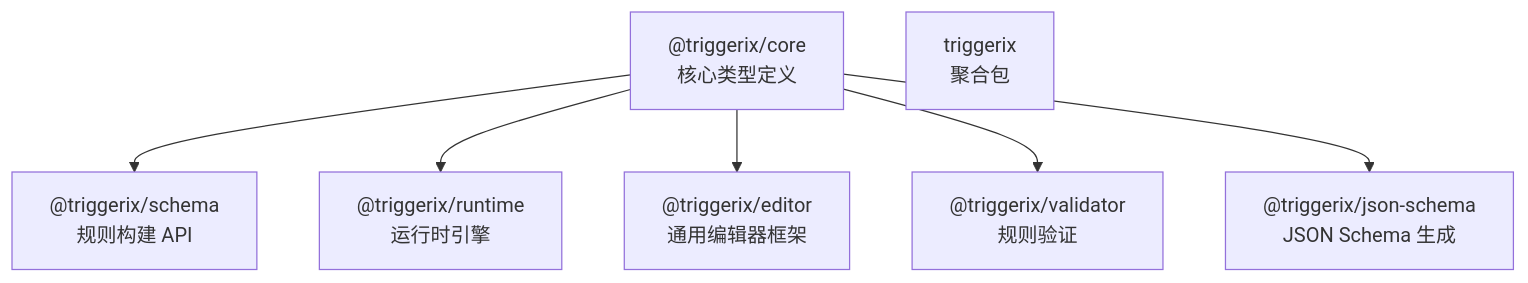
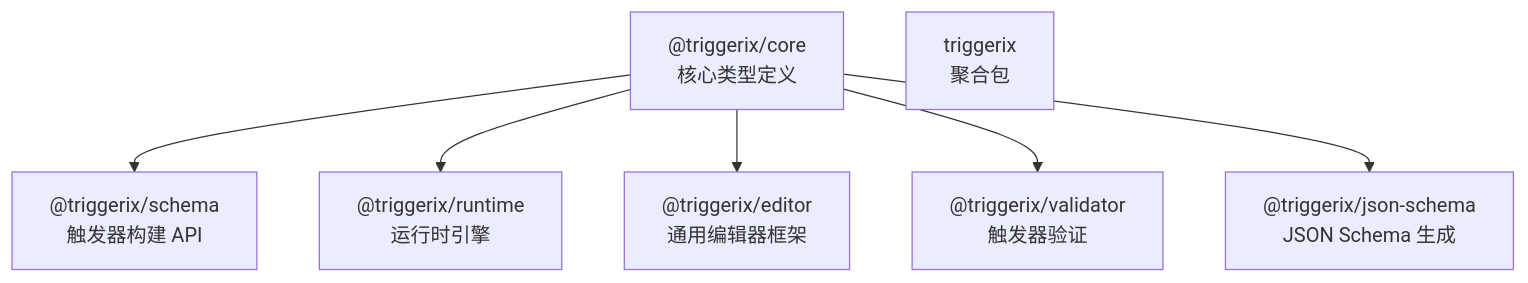
The first of 4 diagrams in README_CN.md (triggerix-lang/triggerix-lang.github.io), drawn with Mermaid before and after one commit. The commit also changed other lines of this file and 15 other files, not shown here.

````diff
--- a/README_CN.md
+++ b/README_CN.md
@@ -93,10 +93,10 @@
 ```mermaid
 graph TD
     Core["@triggerix/core<br/>核心类型定义"]
-    Core --> Schema["@triggerix/schema<br/>规则构建 API"]
+    Core --> Schema["@triggerix/schema<br/>触发器构建 API"]
     Core --> Runtime["@triggerix/runtime<br/>运行时引擎"]
     Core --> Editor["@triggerix/editor<br/>通用编辑器框架"]
-    Core --> Validator["@triggerix/validator<br/>规则验证"]
+    Core --> Validator["@triggerix/validator<br/>触发器验证"]
     Core --> JsonSchema["@triggerix/json-schema<br/>JSON Schema 生成"]
     Aggregate["triggerix<br/>聚合包"]
 ```
````
